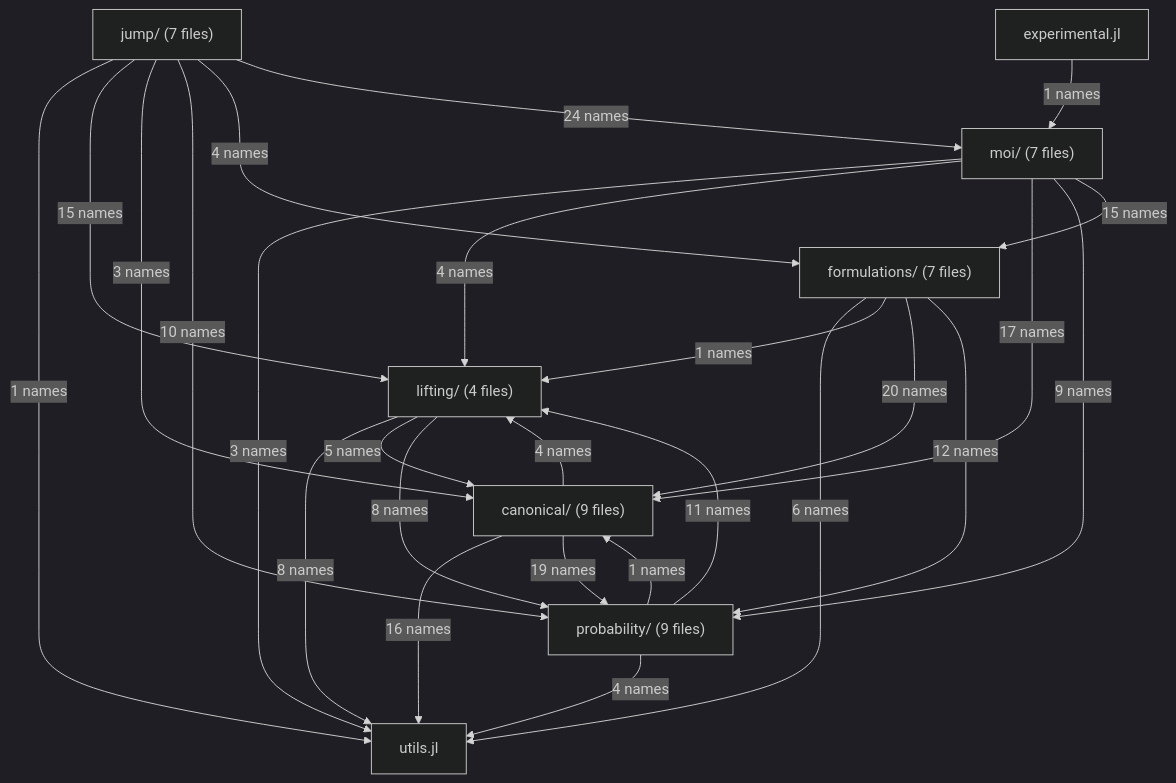
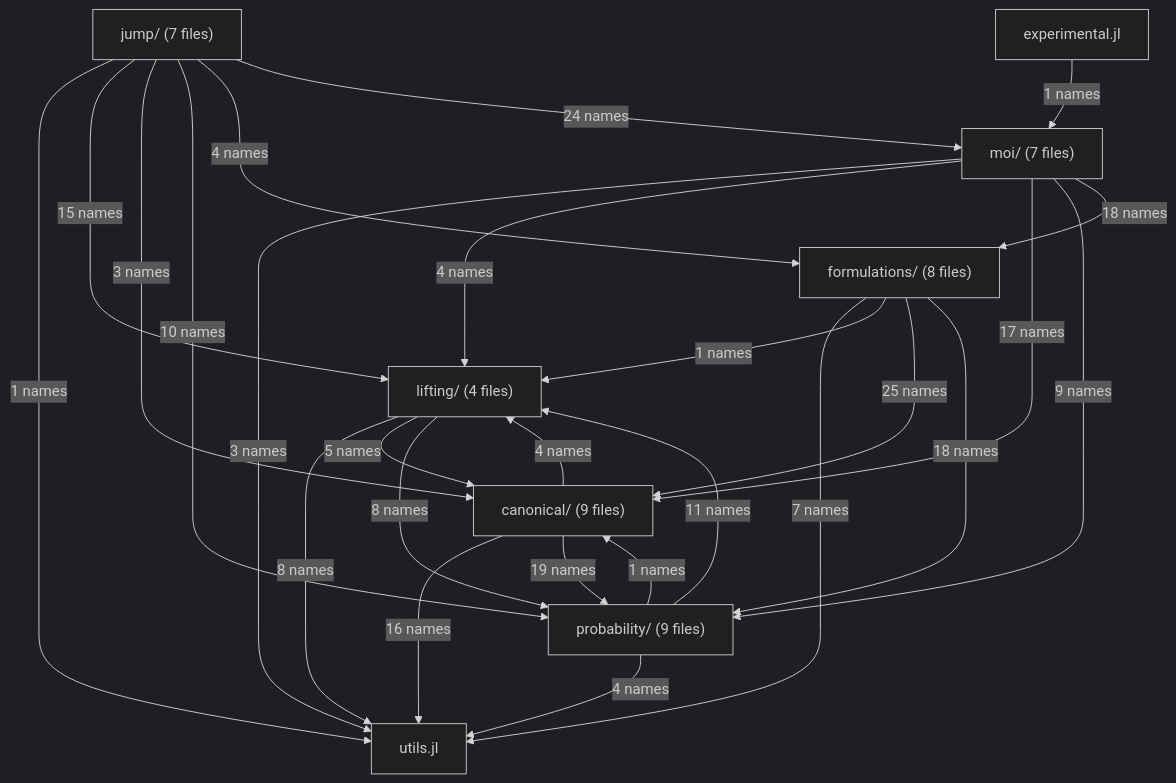
Before and after one commit to bfpc/LinearDecisionRules.jl: the diagram in docs/src/developer/structure_current.md, drawn with Mermaid (dark theme). The commit also changed other lines of this file, not shown here.

````diff
--- a/docs/src/developer/structure_current.md
+++ b/docs/src/developer/structure_current.md
@@ -12,36 +12,36 @@
 ```mermaid
 flowchart TD
     utils["utils.jl"]
     lifting["lifting/ (4 files)"]
     canonical["canonical/ (9 files)"]
     probability["probability/ (9 files)"]
-    formulations["formulations/ (7 files)"]
+    formulations["formulations/ (8 files)"]
     moi["moi/ (7 files)"]
     jump["jump/ (7 files)"]
     experimental["experimental.jl"]
     lifting -->|"8 names"| utils
     lifting -->|"5 names"| canonical
     lifting -->|"8 names"| probability
     canonical -->|"16 names"| utils
     canonical -->|"4 names"| lifting
     canonical -->|"19 names"| probability
     probability -->|"4 names"| utils
     probability -->|"11 names"| lifting
     probability -->|"1 names"| canonical
-    formulations -->|"6 names"| utils
+    formulations -->|"7 names"| utils
     formulations -->|"1 names"| lifting
-    formulations -->|"20 names"| canonical
-    formulations -->|"12 names"| probability
+    formulations -->|"25 names"| canonical
+    formulations -->|"18 names"| probability
     moi -->|"3 names"| utils
     moi -->|"4 names"| lifting
     moi -->|"17 names"| canonical
     moi -->|"9 names"| probability
-    moi -->|"15 names"| formulations
+    moi -->|"18 names"| formulations
     jump -->|"1 names"| utils
     jump -->|"15 names"| lifting
     jump -->|"3 names"| canonical
     jump -->|"10 names"| probability
     jump -->|"4 names"| formulations
     jump -->|"24 names"| moi
     experimental -->|"1 names"| moi
 ```
````
